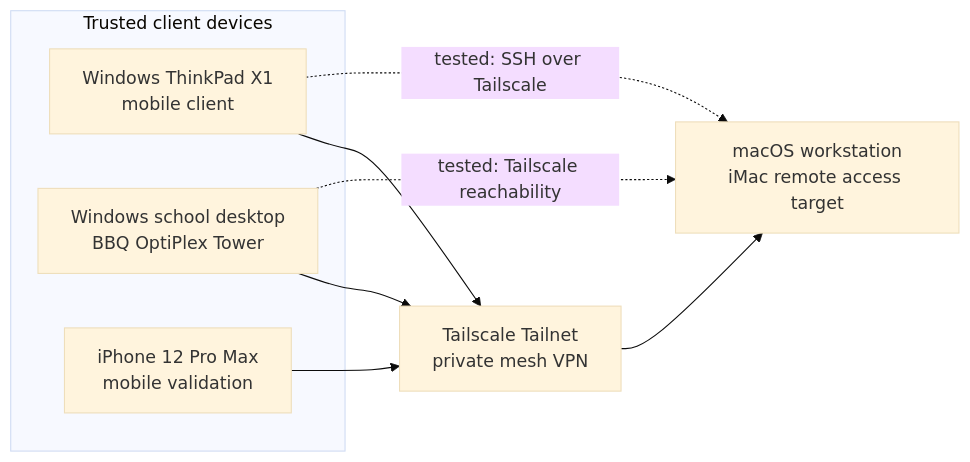
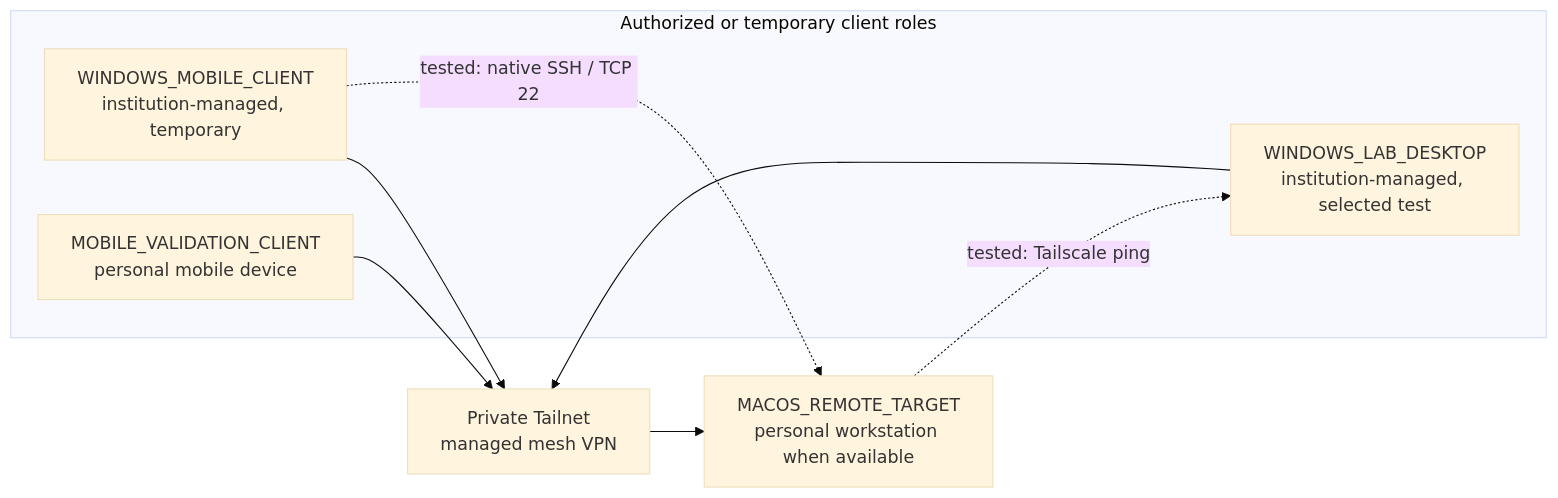
One commit to DataTideHH/remote-access-network-lab changed the diagram in diagrams/tailscale-topology.md. Above: the diagram before and after it, drawn with Mermaid (base theme). The commit also changed other lines of this file and 15 other files, not shown here.

````diff
--- a/diagrams/tailscale-topology.md
+++ b/diagrams/tailscale-topology.md
@@ -7,19 +9,19 @@
 ```mermaid
 flowchart LR
-  subgraph Clients["Trusted client devices"]
-    TP["Windows ThinkPad X1<br/>mobile client"]
-    OP["Windows school desktop<br/>BBQ OptiPlex Tower"]
-    IP["iPhone 12 Pro Max<br/>mobile validation"]
+  subgraph Clients["Authorized or temporary client roles"]
+    MW["WINDOWS_MOBILE_CLIENT<br/>institution-managed, temporary"]
+    WD["WINDOWS_LAB_DESKTOP<br/>institution-managed, selected test"]
+    IP["MOBILE_VALIDATION_CLIENT<br/>personal mobile device"]
   end
 
-  TS["Tailscale Tailnet<br/>private mesh VPN"]
-  IM["macOS workstation<br/>iMac remote access target"]
+  TS["Private Tailnet<br/>managed mesh VPN"]
+  IM["MACOS_REMOTE_TARGET<br/>personal workstation when available"]
 
-  TP --> TS
-  OP --> TS
+  MW --> TS
+  WD --> TS
   IP --> TS
   TS --> IM
 
-  TP -. "tested: SSH over Tailscale" .-> IM
-  OP -. "tested: Tailscale reachability" .-> IM
+  MW -. "tested: native SSH / TCP 22" .-> IM
+  IM -. "tested: Tailscale ping" .-> WD
 ```
````
